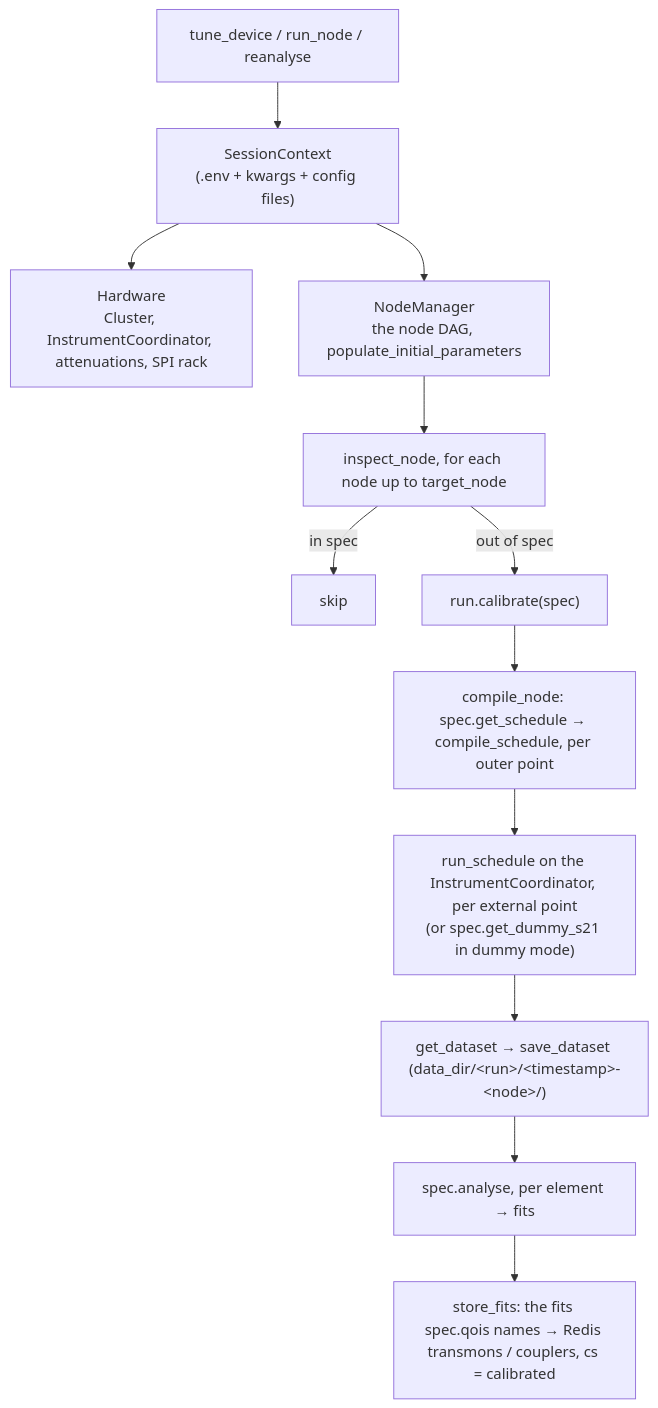
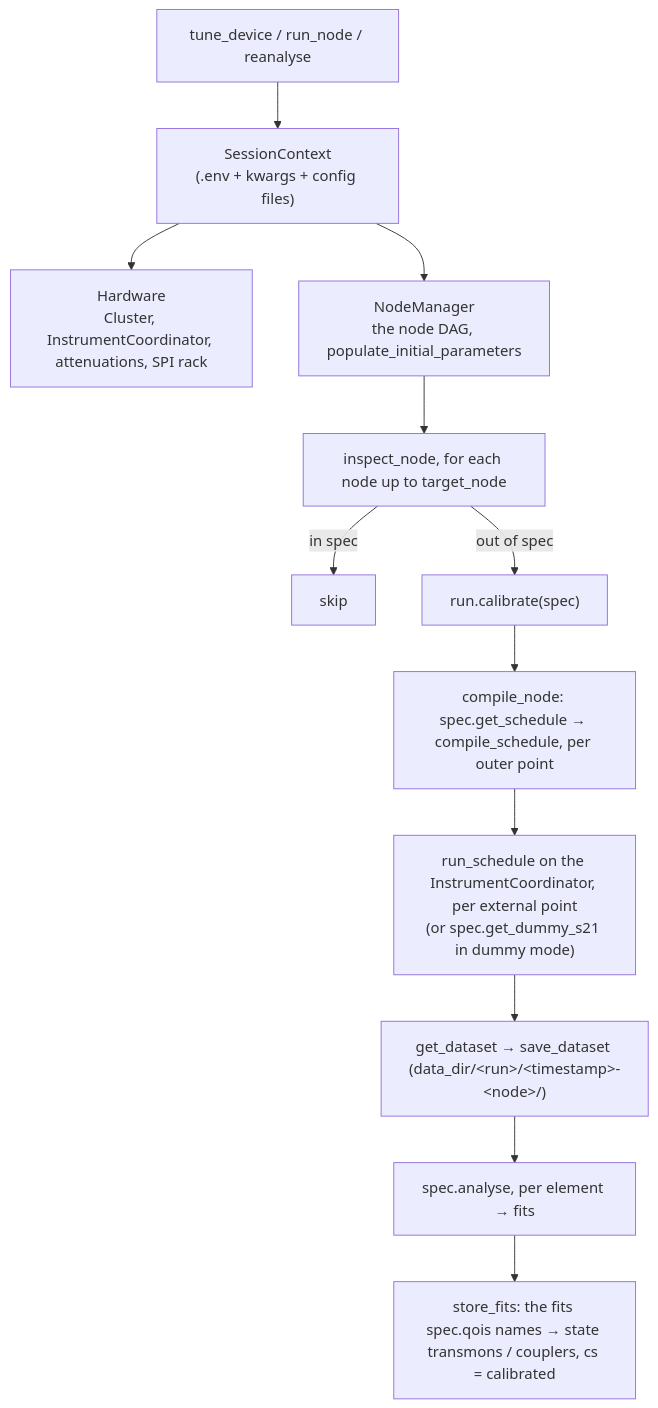
One commit to tergite/tergite-tuner changed the diagram in DESIGN.md. Above: the diagram before and after it, drawn with Mermaid. The commit also changed other lines of this file and 81 other files, not shown here.

````diff
--- a/DESIGN.md
+++ b/DESIGN.md
@@ -22,14 +22,14 @@
 ```mermaid
 flowchart TD
     E["tune_device / run_node / reanalyse"] --> S["SessionContext<br/>(.env + kwargs + config files)"]
     S --> H["Hardware<br/>Cluster, InstrumentCoordinator, attenuations, SPI rack"]
     S --> M["NodeManager<br/>the node DAG, populate_initial_parameters"]
     M --> I["inspect_node, for each node up to target_node"]
     I -->|in spec| R["skip"]
     I -->|out of spec| N["run.calibrate(spec)"]
     N --> C["compile_node: spec.get_schedule → compile_schedule, per outer point"]
     C --> X["run_schedule on the InstrumentCoordinator, per external point<br/>(or spec.get_dummy_s21 in dummy mode)"]
     X --> D["get_dataset → save_dataset (data_dir/&lt;run&gt;/&lt;timestamp&gt;-&lt;node&gt;/)"]
     D --> A["spec.analyse, per element → fits"]
-    A --> Q["store_fits: the fits spec.qois names → Redis transmons / couplers, cs = calibrated"]
+    A --> Q["store_fits: the fits spec.qois names → state transmons / couplers, cs = calibrated"]
 ```
````
